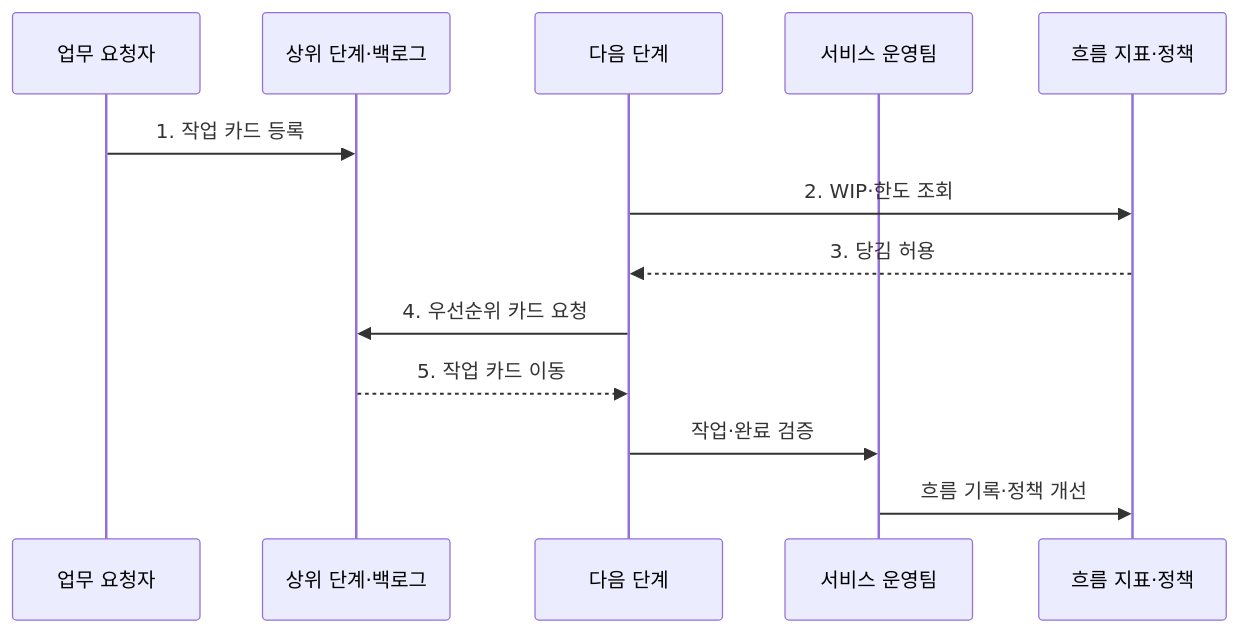
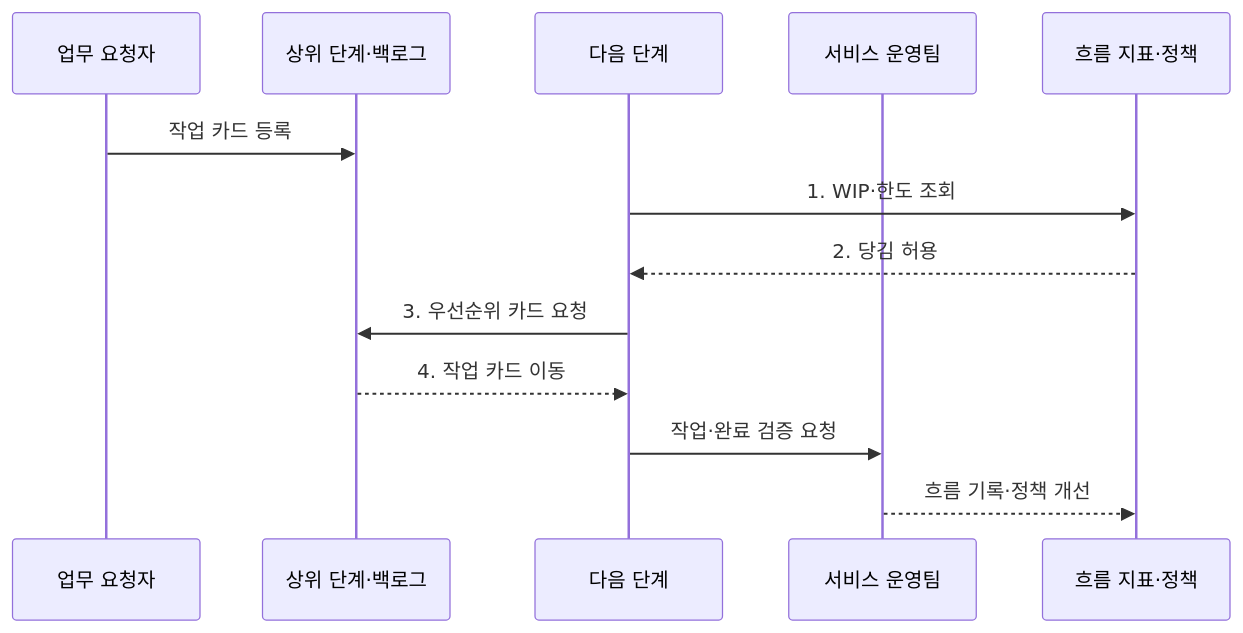
The second of 2 diagrams in src/content/docs/notes/03-software/035_kanban.md (agnusdei1207/knowledge-base), drawn with Mermaid before and after one commit. The commit also changed other lines of this file and 20 other files, not shown here.

````diff
--- a/src/content/docs/notes/03-software/035_kanban.md
+++ b/src/content/docs/notes/03-software/035_kanban.md
@@ -90,15 +89,15 @@
 ```mermaid
 sequenceDiagram
     participant U as 업무 요청자
     participant Q as 상위 단계·백로그
     participant N as 다음 단계
     participant T as 서비스 운영팀
     participant M as 흐름 지표·정책
-    U->>Q: 1. 작업 카드 등록
-    N->>M: 2. WIP·한도 조회
-    M-->>N: 3. 당김 허용
-    N->>Q: 4. 우선순위 카드 요청
-    Q-->>N: 5. 작업 카드 이동
-    N->>T: 작업·완료 검증
-    T->>M: 흐름 기록·정책 개선
+    U->>Q: 작업 카드 등록
+    N->>M: 1. WIP·한도 조회
+    M-->>N: 2. 당김 허용
+    N->>Q: 3. 우선순위 카드 요청
+    Q-->>N: 4. 작업 카드 이동
+    N->>T: 작업·완료 검증 요청
+    T-->>M: 흐름 기록·정책 개선
 ```
````
